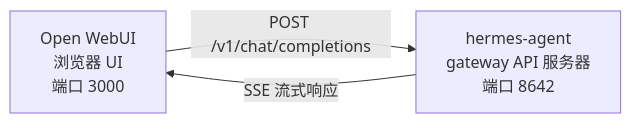
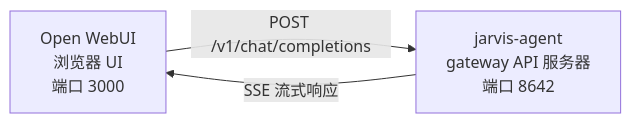
One commit to eytanerez/jarvis-2.0 changed the diagram in website/i18n/zh-Hans/docusaurus-plugin-content-docs/current/user-guide/messaging/open-webui.md. Above: the diagram before and after it, drawn with Mermaid. The commit also changed other lines of this file and 4709 other files, not shown here.

````diff
--- a/website/i18n/zh-Hans/docusaurus-plugin-content-docs/current/user-guide/messaging/open-webui.md
+++ b/website/i18n/zh-Hans/docusaurus-plugin-content-docs/current/user-guide/messaging/open-webui.md
@@ -13,7 +13,7 @@
 ```mermaid
 flowchart LR
     A["Open WebUI<br/>浏览器 UI<br/>端口 3000"]
-    B["hermes-agent<br/>gateway API 服务器<br/>端口 8642"]
+    B["jarvis-agent<br/>gateway API 服务器<br/>端口 8642"]
     A -->|POST /v1/chat/completions| B
     B -->|SSE 流式响应| A
 ```
````
